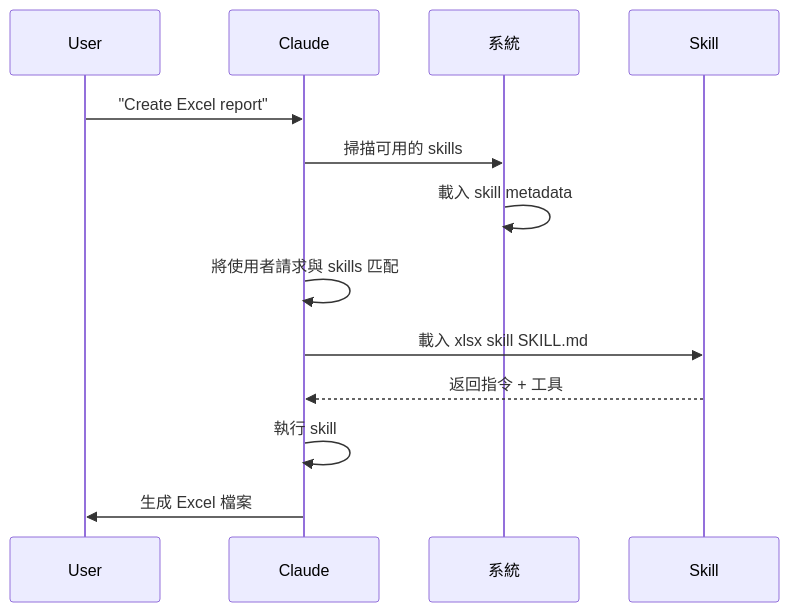
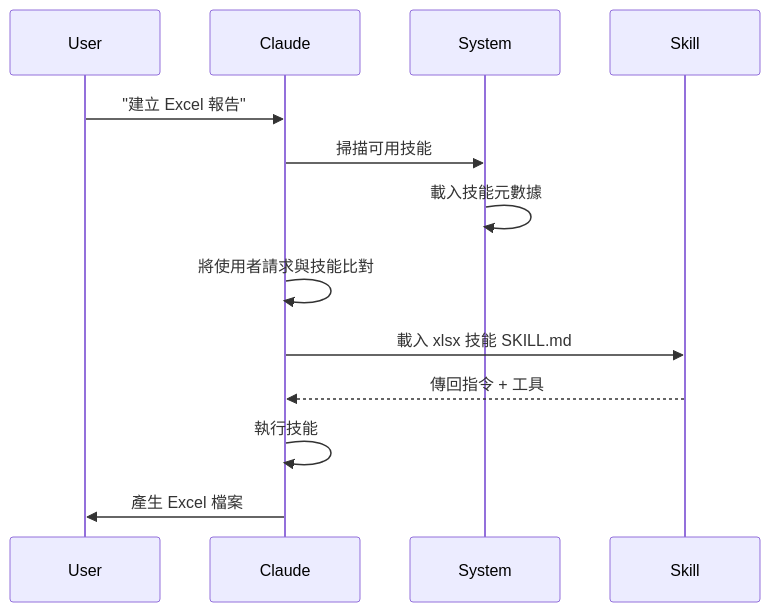
One commit to huckly/claude-howto-zh-tw changed diagram 16 of 22 in claude_concepts_guide.md. Above: the diagram before and after it, drawn with Mermaid. The commit also changed other lines of this file and 6 other files, not shown here.

````diff
--- a/claude_concepts_guide.md
+++ b/claude_concepts_guide.md
@@ -1258,16 +1232,16 @@
 ```mermaid
 sequenceDiagram
     participant User
     participant Claude as Claude
-    participant System as 系統
+    participant System as System
     participant Skill as Skill
 
-    User->>Claude: "Create Excel report"
-    Claude->>System: 掃描可用的 skills
-    System->>System: 載入 skill metadata
-    Claude->>Claude: 將使用者請求與 skills 匹配
-    Claude->>Skill: 載入 xlsx skill SKILL.md
-    Skill-->>Claude: 返回指令 + 工具
-    Claude->>Claude: 執行 skill
-    Claude->>User: 生成 Excel 檔案
+    User->>Claude: "建立 Excel 報告"
+    Claude->>System: 掃描可用技能
+    System->>System: 載入技能元數據
+    Claude->>Claude: 將使用者請求與技能比對
+    Claude->>Skill: 載入 xlsx 技能 SKILL.md
+    Skill-->>Claude: 傳回指令 + 工具
+    Claude->>Claude: 執行技能
+    Claude->>User: 產生 Excel 檔案
 ```
````
